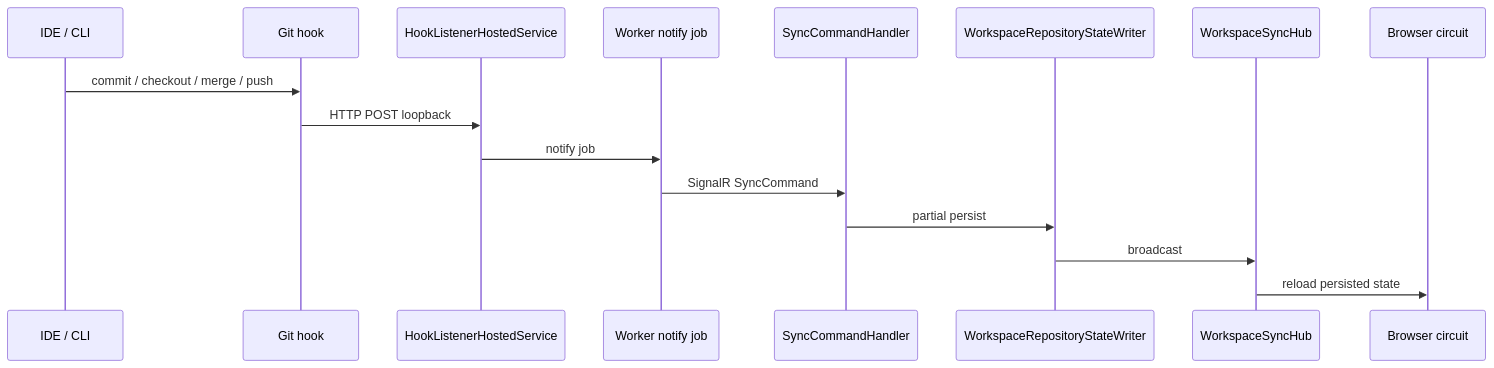
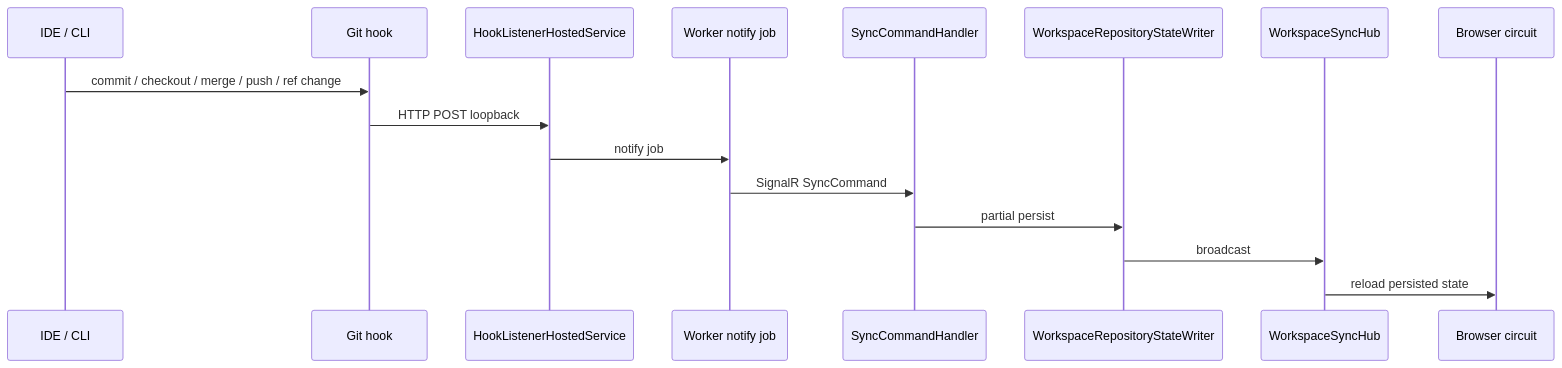
The fourth of 6 diagrams in docs/architecture/04-runtime-communication-and-concurrency.md (Jandini/GrayMoon), drawn with Mermaid before and after one commit. The commit also changed other lines of this file and 87 other files, not shown here.

First line of the commit message:
Refresh architecture docs and workspace guidance across repositories (#463)

````diff
--- a/docs/architecture/04-runtime-communication-and-concurrency.md
+++ b/docs/architecture/04-runtime-communication-and-concurrency.md
@@ -149,19 +386,19 @@
 ```mermaid
 sequenceDiagram
   participant Dev as IDE / CLI
   participant Hook as Git hook
   participant Listen as HookListenerHostedService
   participant Worker as Worker notify job
   participant App as SyncCommandHandler
   participant Writer as WorkspaceRepositoryStateWriter
   participant Hub as WorkspaceSyncHub
   participant Browser as Browser circuit
 
-  Dev->>Hook: commit / checkout / merge / push
+  Dev->>Hook: commit / checkout / merge / push / ref change
   Hook->>Listen: HTTP POST loopback
   Listen->>Worker: notify job
   Worker->>App: SignalR SyncCommand
   App->>Writer: partial persist
   Writer->>Hub: broadcast
   Hub->>Browser: reload persisted state
 ```
````
